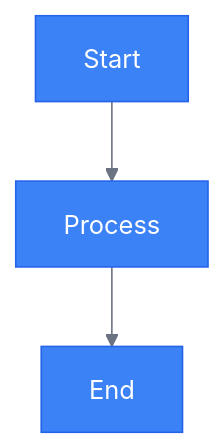
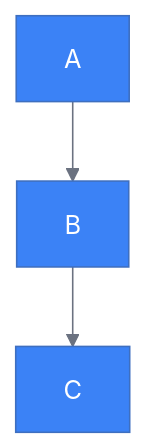
Before and after one commit to qazuor/claude-code-config: the seventh of 8 diagrams in templates/skills/tech/mermaid-diagram-specialist.md, drawn with Mermaid. The commit also changed other lines of this file and 26 other files, not shown here.

````diff
--- a/templates/skills/tech/mermaid-diagram-specialist.md
+++ b/templates/skills/tech/mermaid-diagram-specialist.md
@@ -500,13 +163,9 @@
 ```mermaid
 %%{init: {'theme':'base', 'themeVariables': {
   'primaryColor':'#3B82F6',
   'primaryTextColor':'#fff',
-  'primaryBorderColor':'#2563EB',
-  'lineColor':'#6B7280',
-  'secondaryColor':'#10B981',
-  'tertiaryColor':'#F59E0B'
+  'lineColor':'#6B7280'
 }}}%%
 flowchart TD
-    A[Start] --> B[Process]
-    B --> C[End]
+    A --> B --> C
 ```
````
